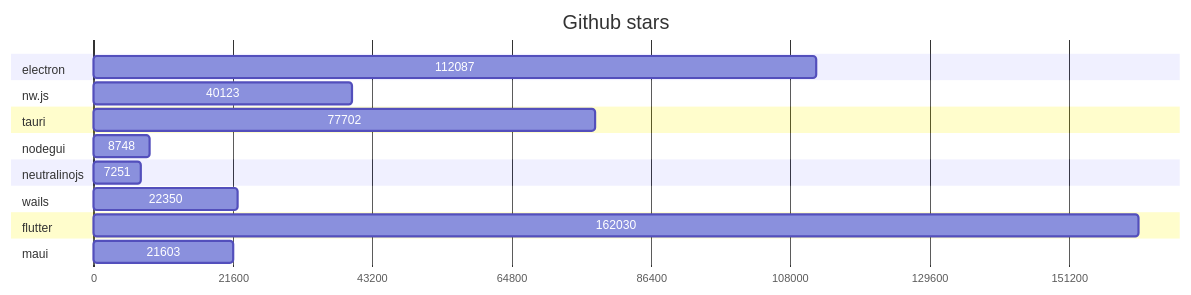
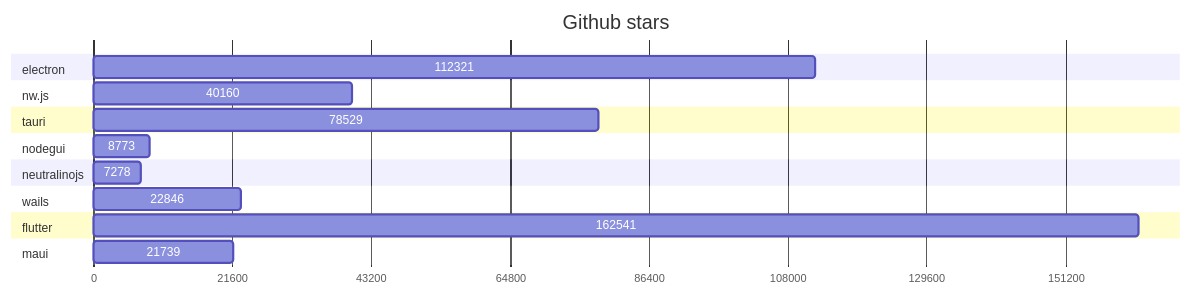
One commit to Elanis/web-to-desktop-framework-comparison changed the first of 2 diagrams in GRAPHS.md. Above: the diagram before and after it, drawn with Mermaid. The commit also changed other lines of this file and 2 other files, not shown here.

Commit message:
Update stars & Fork

````diff
--- a/GRAPHS.md
+++ b/GRAPHS.md
@@ -5,40 +5,40 @@
 ```mermaid
 gantt
     title Github stars
     dateFormat  X
     axisFormat %s
 
 
 	section electron
-	112087 : 0, 112087
+	112321 : 0, 112321
 
 	
 	section nw.js
-	40123 : 0, 40123
+	40160 : 0, 40160
 
 	
 	section tauri
-	77702 : 0, 77702
+	78529 : 0, 78529
 
 	
 	section nodegui
-	8748 : 0, 8748
+	8773 : 0, 8773
 
 	
 	section neutralinojs
-	7251 : 0, 7251
+	7278 : 0, 7278
 
 	
 	section wails
-	22350 : 0, 22350
+	22846 : 0, 22846
 
 	
 	section flutter
-	162030 : 0, 162030
+	162541 : 0, 162541
 
 	
 	section maui
-	21603 : 0, 21603
+	21739 : 0, 21739
 
 	
 ```
````
